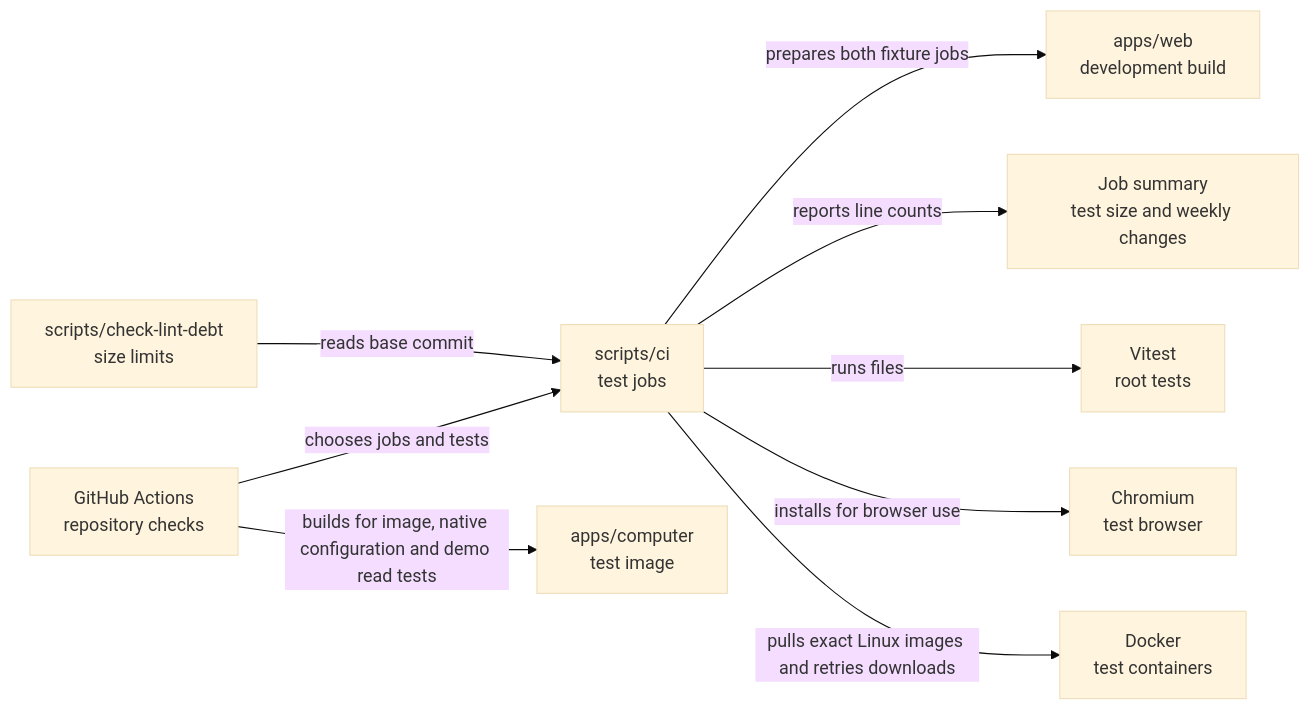
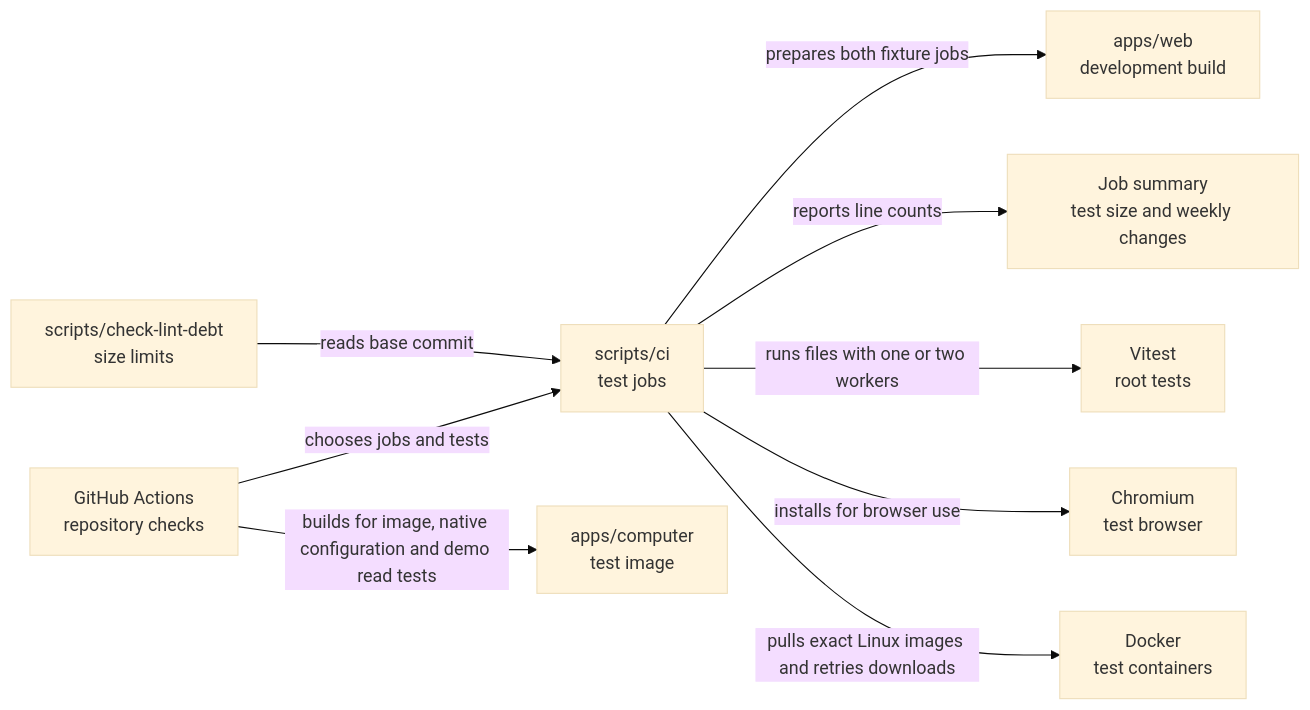
Before and after one commit to elewa-git/opencrane-new: the diagram in scripts/ci/README.md, drawn with Mermaid (base theme). The commit also changed other lines of this file and 246 other files, not shown here.

````diff
--- a/scripts/ci/README.md
+++ b/scripts/ci/README.md
@@ -15,11 +15,11 @@
 ```mermaid
 flowchart LR
   actions["GitHub Actions<br/>repository checks"] -->|chooses jobs and tests| ci["scripts/ci<br/>test jobs"]
   ci -->|prepares both fixture jobs| web["apps/web<br/>development build"]
   ci -->|reports line counts| summary["Job summary<br/>test size and weekly changes"]
   debt["scripts/check-lint-debt<br/>size limits"] -->|reads base commit| ci
-  ci -->|runs files| vitest["Vitest<br/>root tests"]
+  ci -->|runs files with one or two workers| vitest["Vitest<br/>root tests"]
   actions -->|builds for image, native configuration and demo read tests| computer["apps/computer<br/>test image"]
   ci -->|installs for browser use| chromium["Chromium<br/>test browser"]
   ci -->|pulls exact Linux images and retries downloads| docker["Docker<br/>test containers"]
 ```
````
